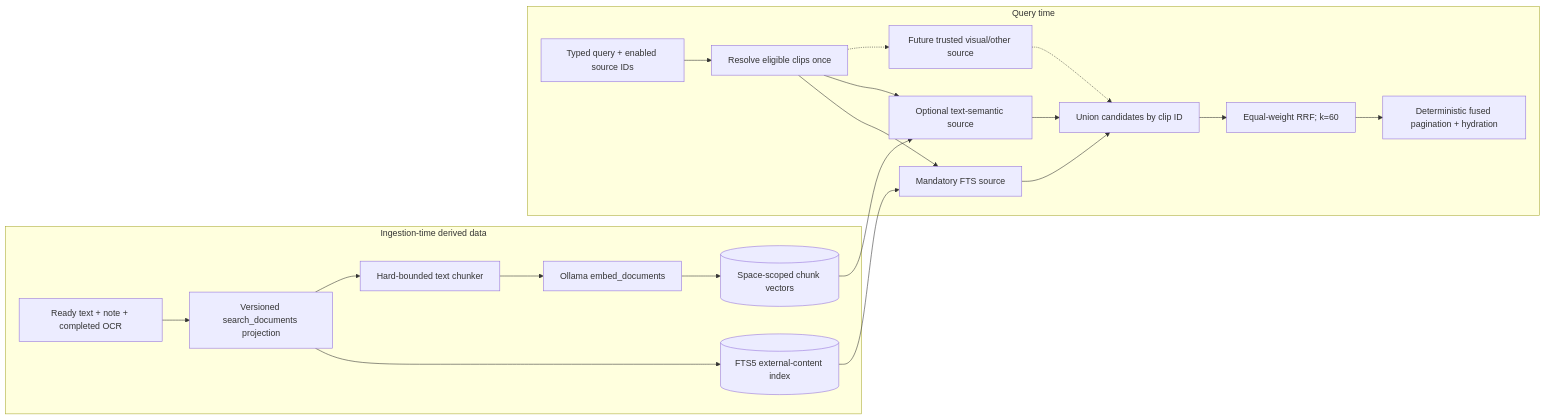
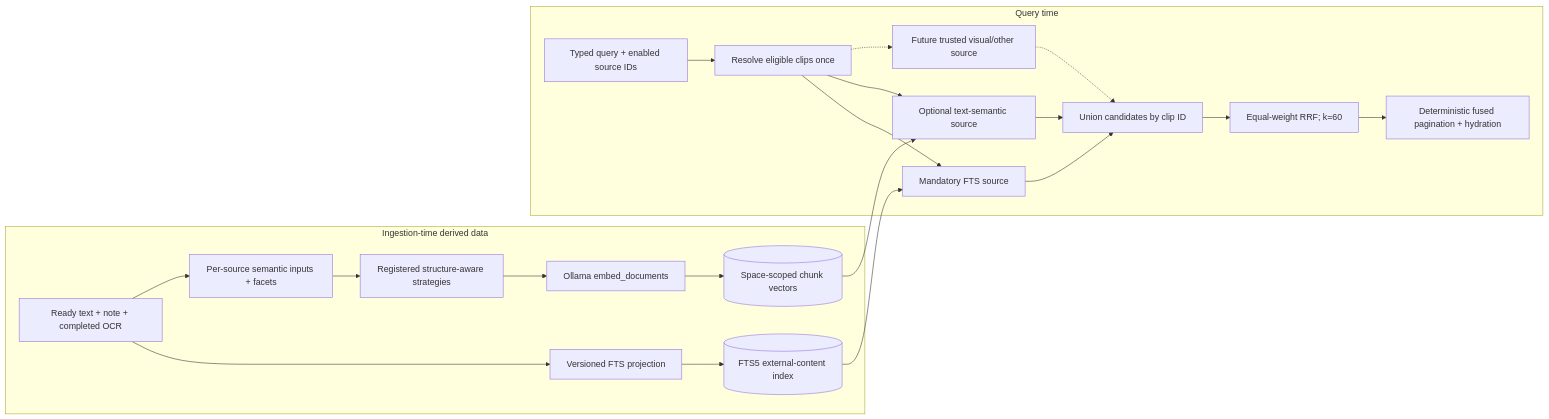
The fifth of 5 diagrams in docs/ARCHITECTURE.md (azure06/clipsx), drawn with Mermaid before and after one commit. The commit also changed other lines of this file and 5 other files, not shown here.

Commit message:
feat(search): add structure-aware semantic indexing

````diff
--- a/docs/ARCHITECTURE.md
+++ b/docs/ARCHITECTURE.md
@@ -493,24 +495,25 @@
 ```mermaid
 flowchart LR
   subgraph Ingest["Ingestion-time derived data"]
-    Sources["Ready text + note + completed OCR"] --> Projection["Versioned search_documents projection"]
+    Sources["Ready text + note + completed OCR"] --> Projection["Versioned FTS projection"]
     Projection --> FTS[(FTS5 external-content index)]
-    Projection --> Chunker["Hard-bounded text chunker"]
+    Sources --> SemanticInputs["Per-source semantic inputs + facets"]
+    SemanticInputs --> Chunker["Registered structure-aware strategies"]
     Chunker --> DocEmbed["Ollama embed_documents"]
     DocEmbed --> Vectors[("Space-scoped chunk vectors")]
   end
 
   subgraph QueryPath["Query time"]
     React["Typed query + enabled source IDs"] --> Filters["Resolve eligible clips once"]
     Filters --> FTSQuery["Mandatory FTS source"]
     Filters --> SemanticQuery["Optional text-semantic source"]
     Filters -.-> Future["Future trusted visual/other source"]
     FTS --> FTSQuery
     Vectors --> SemanticQuery
     FTSQuery --> Union["Union candidates by clip ID"]
     SemanticQuery --> Union
     Future -.-> Union
     Union --> RRF["Equal-weight RRF; k=60"]
     RRF --> Page["Deterministic fused pagination + hydration"]
   end
 ```
````
